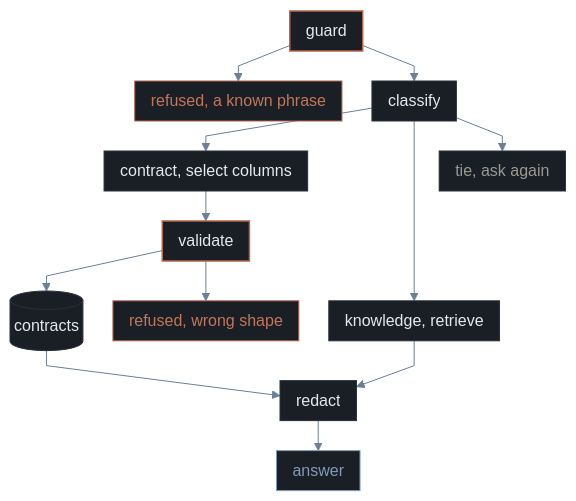
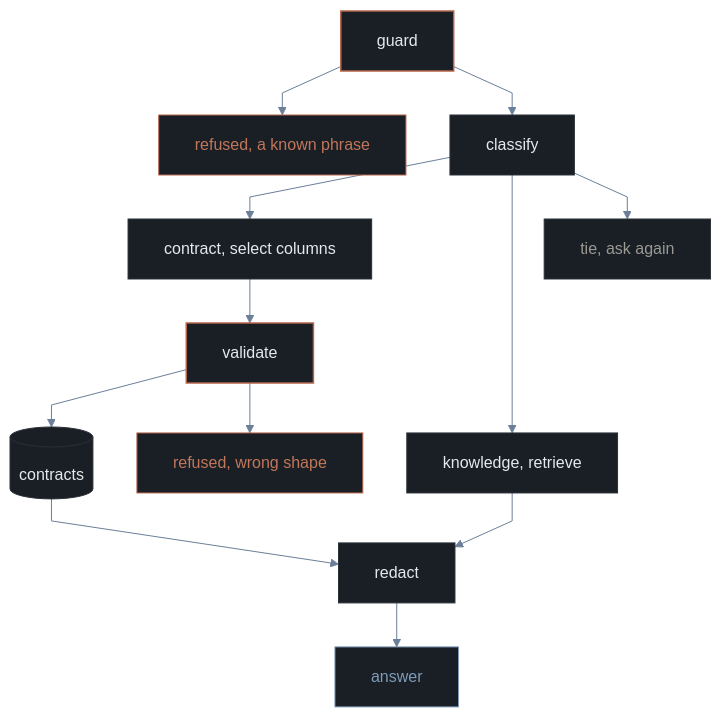
Before and after one commit to jameswniu/multi-intent-ai-chatbot-assistant: the diagram in README.md, drawn with Mermaid.

Commit message:
Give the flowchart boxes room so the diagram fills the column

````diff
--- a/README.md
+++ b/README.md
@@ -133,21 +133,21 @@
 ```mermaid
-%%{init: {'theme': 'base', 'flowchart': {'curve': 'linear', 'nodeSpacing': 30, 'rankSpacing': 30, 'padding': 8}, 'themeVariables': {'primaryColor': '#1a1f26', 'primaryTextColor': '#e6e8eb', 'primaryBorderColor': '#2b3138', 'lineColor': '#6b7f99', 'fontSize': '16px'}}}%%
+%%{init: {'theme': 'base', 'flowchart': {'curve': 'linear', 'nodeSpacing': 44, 'rankSpacing': 44, 'padding': 18}, 'themeVariables': {'primaryColor': '#1a1f26', 'primaryTextColor': '#e6e8eb', 'primaryBorderColor': '#2b3138', 'lineColor': '#6b7f99', 'fontSize': '16px'}}}%%
 flowchart TD
     G[guard] --> R1[refused, a known phrase]
     G --> C[classify]
     C --> S[contract, select columns]
     C --> F[knowledge, retrieve]
     C --> A[tie, ask again]
     S --> V[validate]
     V --> D[(contracts)]
     V --> R2[refused, wrong shape]
     D --> P[redact]
     F --> P
     P --> O[answer]
     style G stroke:#b5654a,stroke-width:1.5px
     style V stroke:#b5654a,stroke-width:1.5px
     style R1 stroke:#b5654a,color:#c2765a
     style R2 stroke:#b5654a,color:#c2765a
     style A color:#9a9a93
     style O stroke:#7f9bb8,color:#7f9bb8
 ```
````
